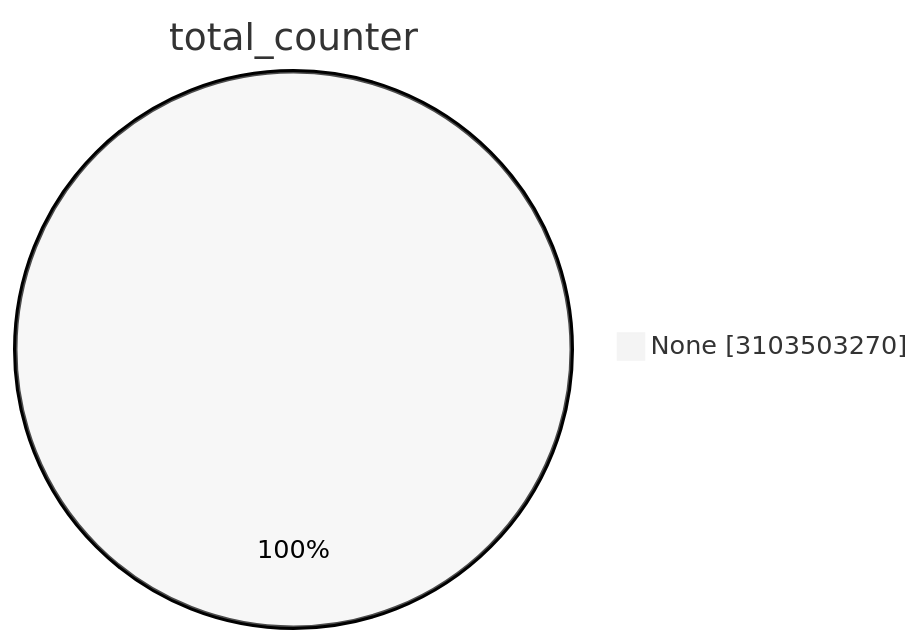
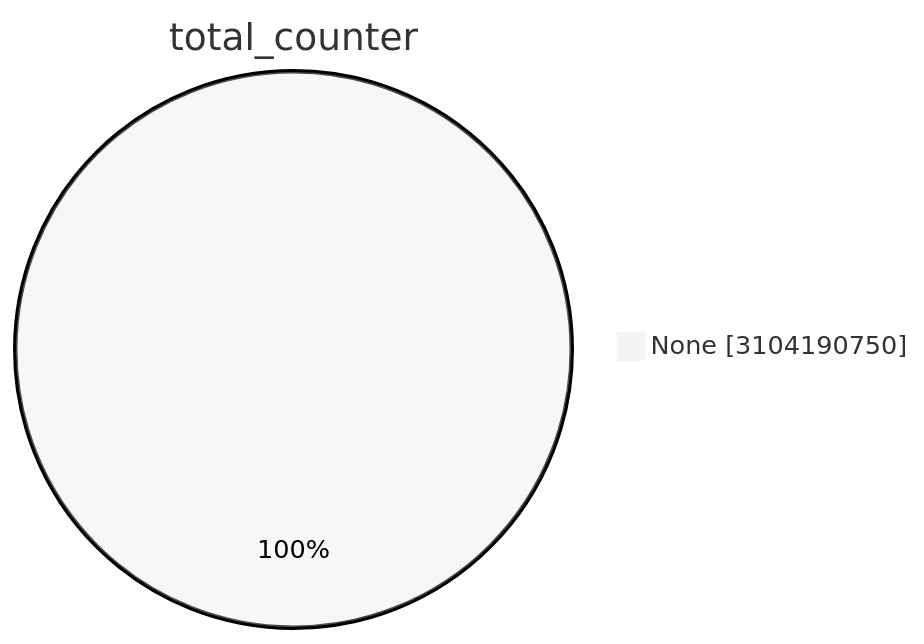
The first of 15 diagrams in TOTAL/README.md (christiankrug/ctmonitor_visualization), drawn with Mermaid (neutral theme) before and after one commit. The commit also changed other lines of this file, not shown here.

````diff
--- a/TOTAL/README.md
+++ b/TOTAL/README.md
@@ -1,5 +1,5 @@
 ```mermaid
 pie showData
 title total_counter
-"None" :3103503270
+"None" :3104190750
 ```
````
